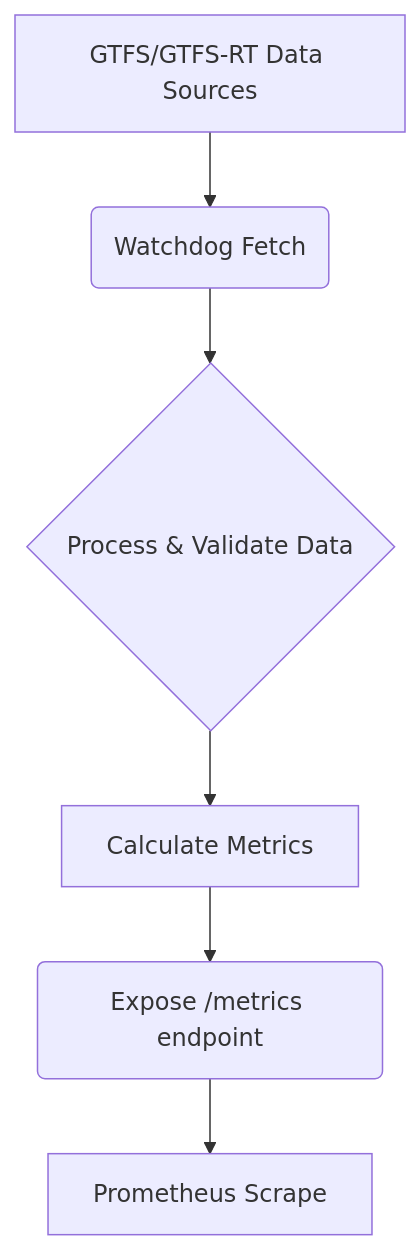
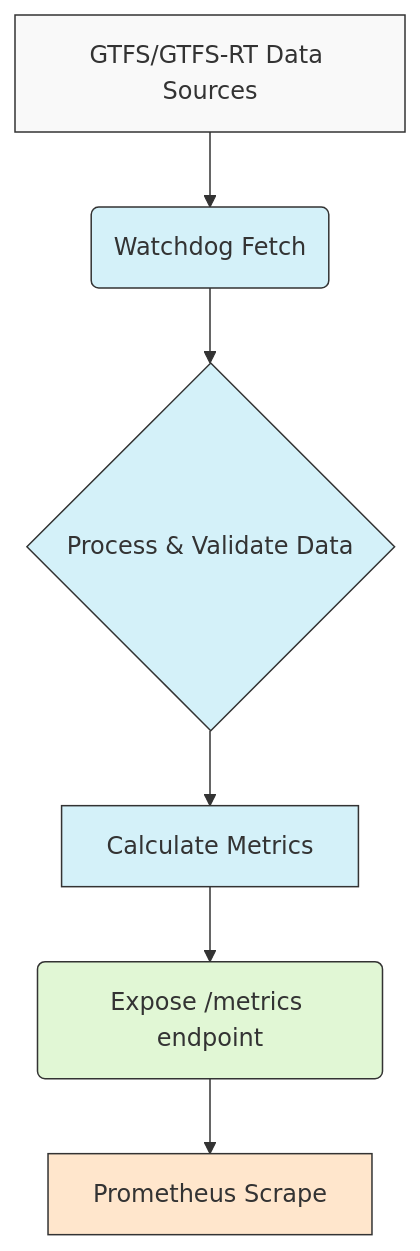
One commit to OneBusAway/watchdog changed the first of 11 diagrams in internal/metrics/metrics-reference.md. Above: the diagram before and after it, drawn with Mermaid. The commit also changed other lines of this file, not shown here.

Commit message:
Update metrics-reference.md by changing the sturcutre to more documented way

````diff
--- a/internal/metrics/metrics-reference.md
+++ b/internal/metrics/metrics-reference.md
@@ -29,14 +69,18 @@
 ```mermaid
+graph TD
+    classDef dataSource fill:#f9f9f9,stroke:#333,stroke-width:1px;
+    classDef process fill:#d4f1f9,stroke:#333,stroke-width:1px;
+    classDef output fill:#e1f7d5,stroke:#333,stroke-width:1px;
+    classDef external fill:#ffe6cc,stroke:#333,stroke-width:1px;
 
-graph TD
+    A[GTFS/GTFS-RT Data Sources] --> B(Watchdog Fetch);
+    B --> C{Process & Validate Data};
+    C --> D[Calculate Metrics];
+    D --> E(Expose /metrics endpoint);
+    E --> F[Prometheus Scrape];
 
-    A[GTFS/GTFS-RT Data Sources] --> B(Watchdog Fetch);
-
-    B --> C{Process & Validate Data};
-
-    C --> D[Calculate Metrics];
-
-    D --> E(Expose /metrics endpoint);
-
-    E --> F[Prometheus Scrape];
+    class A dataSource;
+    class B,C,D process;
+    class E output;
+    class F external;
 ```
````
